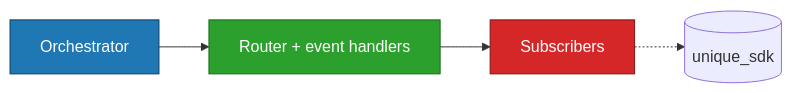
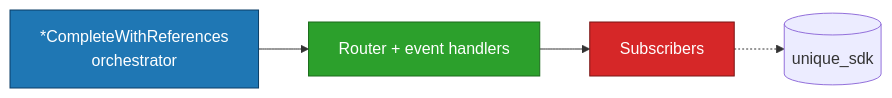
The first of 18 diagrams in unique_toolkit/docs/streaming_architecture_visual.md (Unique-AG/ai), drawn with Mermaid before and after one commit. The commit also changed other lines of this file and 6 other files, not shown here.

````diff
--- a/unique_toolkit/docs/streaming_architecture_visual.md
+++ b/unique_toolkit/docs/streaming_architecture_visual.md
@@ -20,10 +30,10 @@
 ```mermaid
 flowchart LR
     classDef orch fill:#1f77b4,color:#fff,stroke:#0b3d66
     classDef pure fill:#2ca02c,color:#fff,stroke:#1a6a1a
     classDef eff  fill:#d62728,color:#fff,stroke:#7a1515
 
-    A[Orchestrator]:::orch --> B[Router + event handlers]:::pure
+    A["*CompleteWithReferences<br/>orchestrator"]:::orch --> B[Router + event handlers]:::pure
     B --> C[Subscribers]:::eff
     C -.-> SDK[(unique_sdk)]
 ```
````
